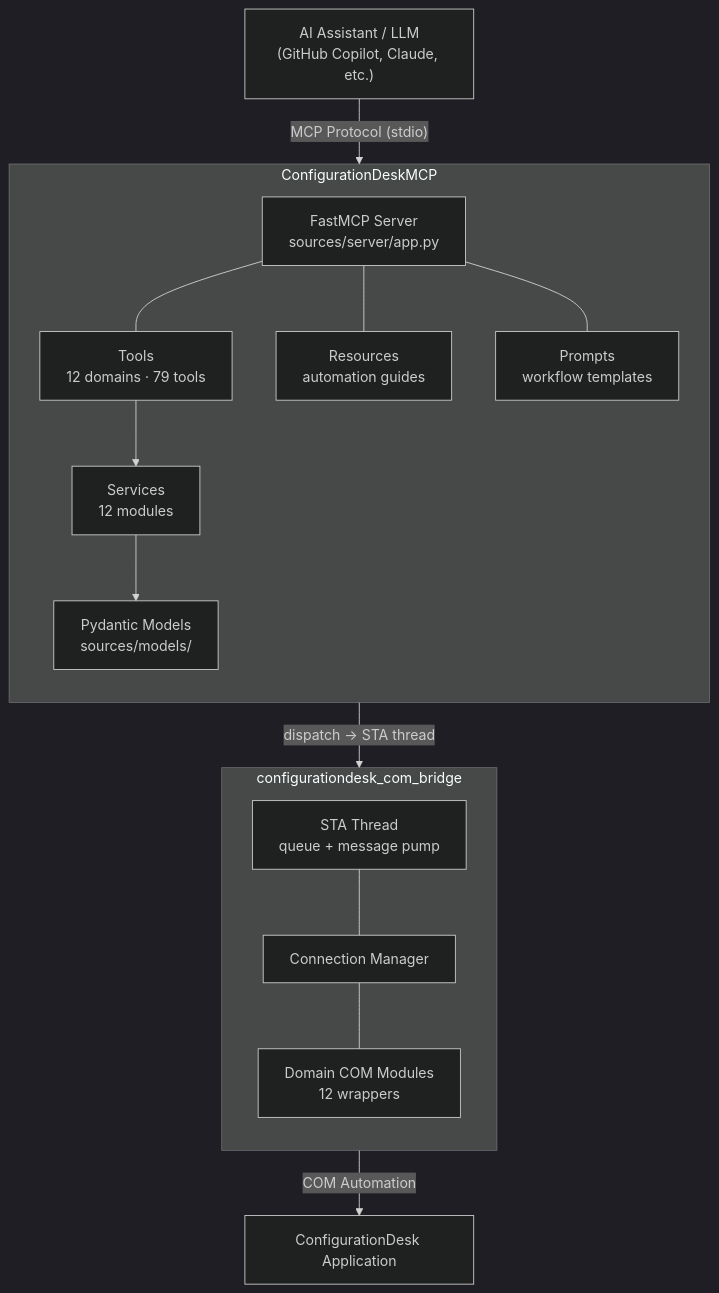
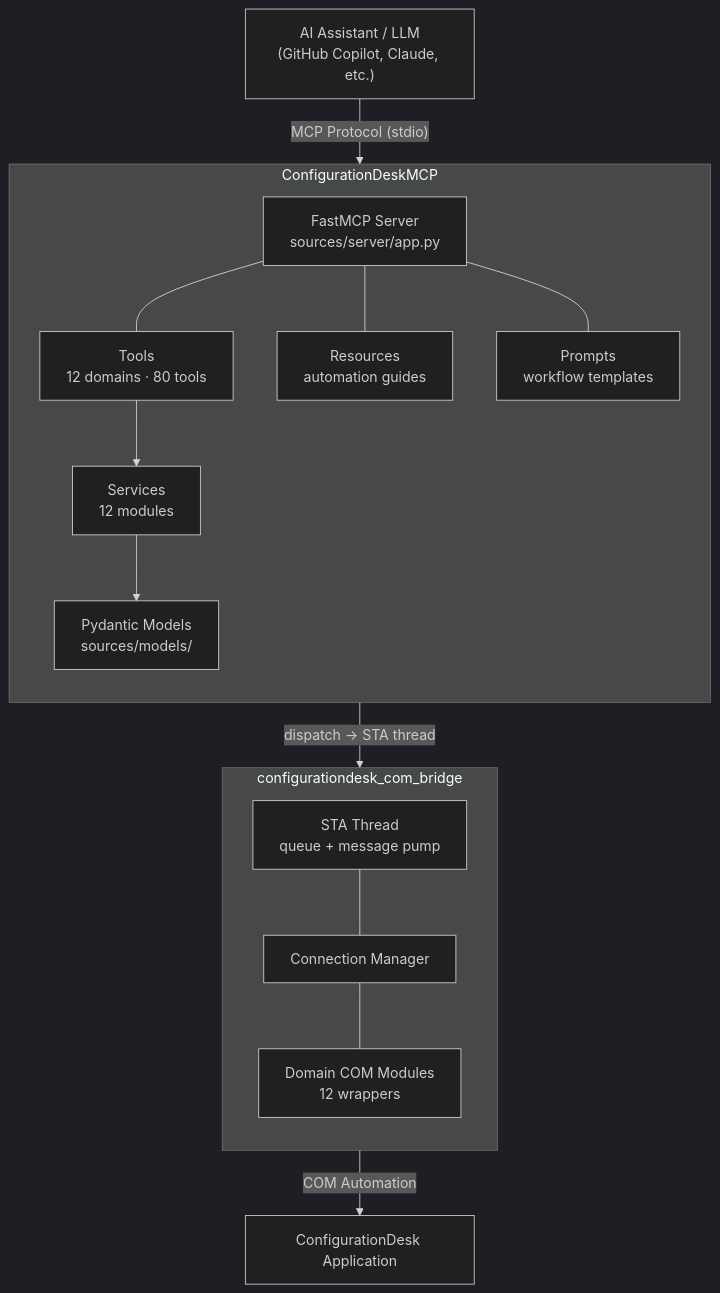
Before and after one commit to dspace-group/ConfigurationDeskBusManagerMCP: the diagram in README.md, drawn with Mermaid (dark theme). The commit also changed other lines of this file and 16 other files, not shown here.

````diff
--- a/README.md
+++ b/README.md
@@ -149,29 +149,29 @@
 ```mermaid
 flowchart TB
     LLM["AI Assistant / LLM\n(GitHub Copilot, Claude, etc.)"]
     LLM -->|"MCP Protocol (stdio)"| MCP
 
     subgraph MCP["ConfigurationDeskMCP"]
         direction TB
         Server["FastMCP Server\nsources/server/app.py"]
-        Tools["Tools\n12 domains · 79 tools"]
+        Tools["Tools\n12 domains · 80 tools"]
         Resources["Resources\nautomation guides"]
         Prompts["Prompts\nworkflow templates"]
         Services["Services\n12 modules"]
         Models["Pydantic Models\nsources/models/"]
         Server --- Tools & Resources & Prompts
         Tools --> Services
         Services --> Models
     end
 
     subgraph Bridge["configurationdesk_com_bridge"]
         direction TB
         STA["STA Thread\nqueue + message pump"]
         Conn["Connection Manager"]
         Domains["Domain COM Modules\n12 wrappers"]
         STA --- Conn --- Domains
     end
 
     Services -->|"dispatch → STA thread"| Bridge
     Bridge -->|"COM Automation"| CD["ConfigurationDesk Application"]
 ```
````
